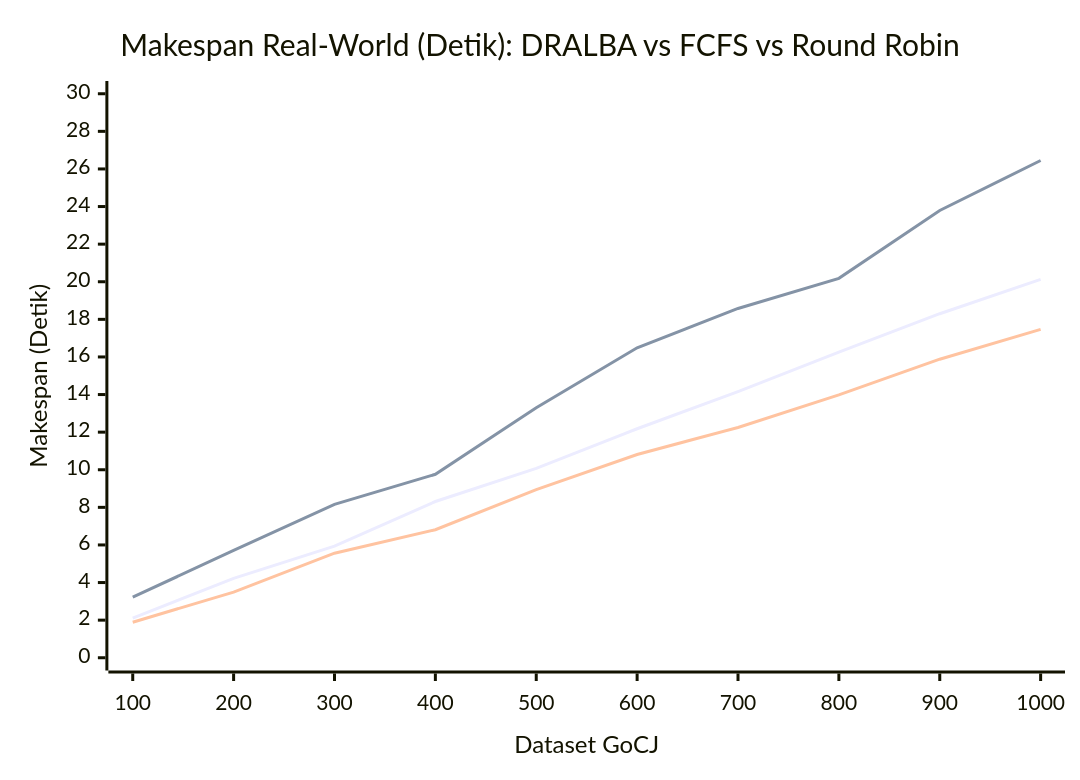
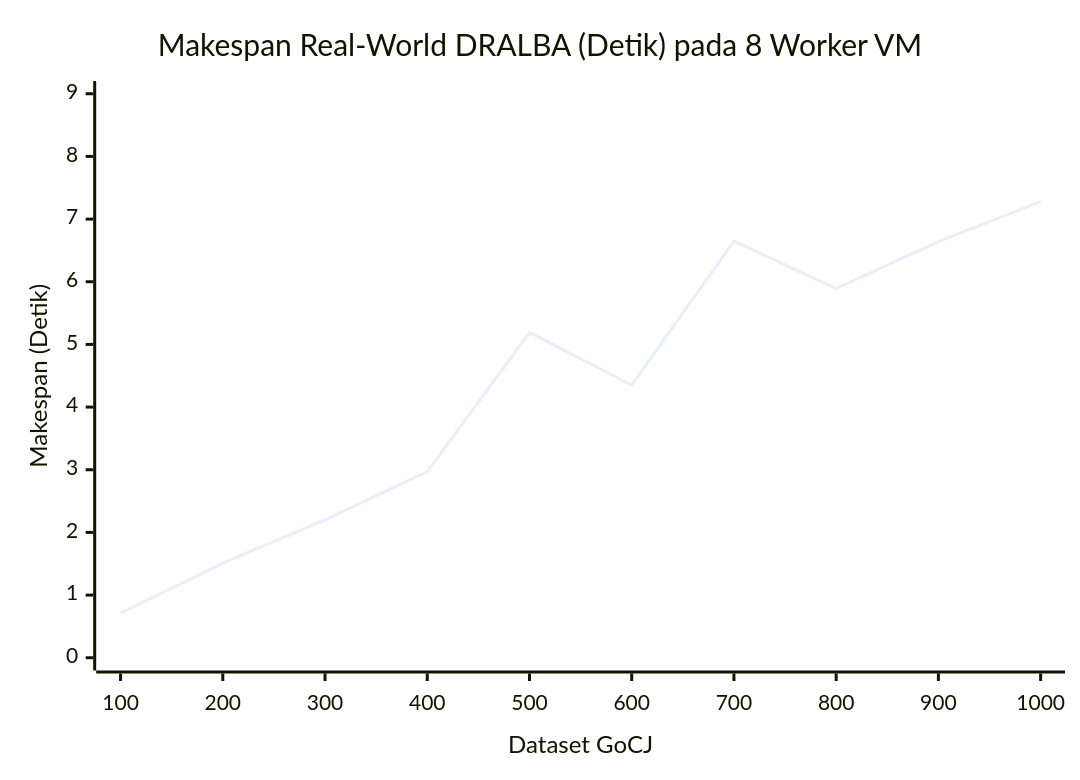
The third of 3 diagrams in README.md (yudi0312/HeuristicAlgorithm_SokaA_Kelompok3), drawn with Mermaid before and after one commit. The commit also changed other lines of this file and 12 other files, not shown here.

Commit message:
update real world

````diff
--- a/README.md
+++ b/README.md
@@ -383,9 +365,7 @@
 ```mermaid
 xychart-beta
-    title "Makespan Real-World (Detik): DRALBA vs FCFS vs Round Robin"
+    title "Makespan Real-World DRALBA (Detik) pada 8 Worker VM"
     x-axis "Dataset GoCJ" [100, 200, 300, 400, 500, 600, 700, 800, 900, 1000]
-    y-axis "Makespan (Detik)" 0 --> 30
-    line [2.11, 4.22, 5.94, 8.31, 10.07, 12.18, 14.16, 16.26, 18.30, 20.13]
-    line [3.22, 5.71, 8.16, 9.76, 13.30, 16.49, 18.58, 20.18, 23.79, 26.45]
-    line [1.89, 3.49, 5.56, 6.81, 8.94, 10.81, 12.25, 13.98, 15.88, 17.47]
+    y-axis "Makespan (Detik)" 0 --> 9
+    line [0.71, 1.51, 2.20, 2.97, 5.19, 4.35, 6.65, 5.89, 6.64, 7.28]
 ```
````
